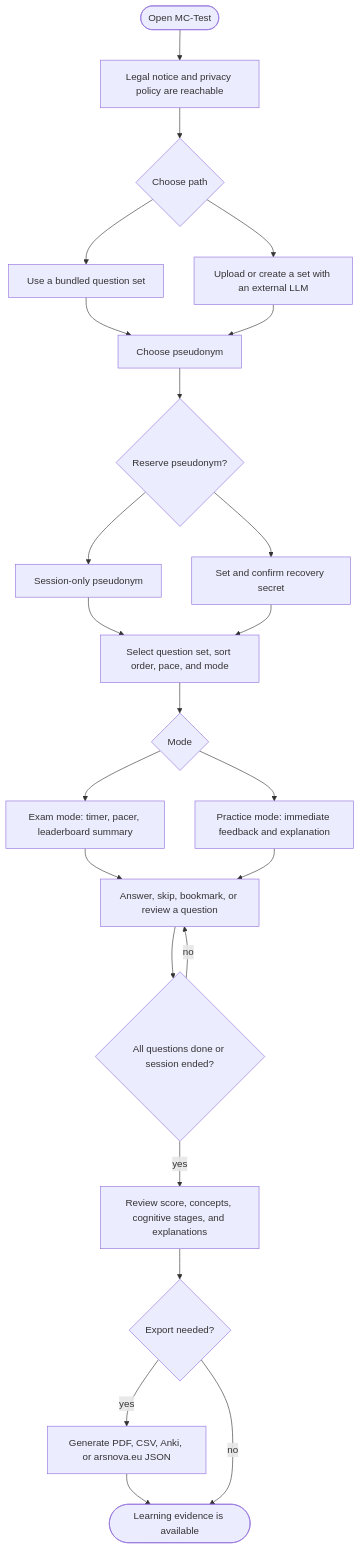
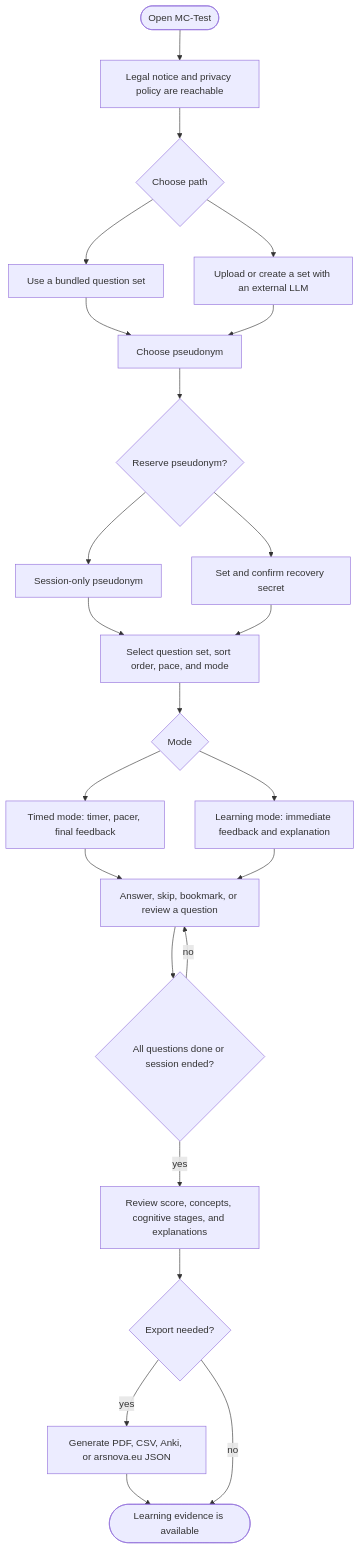
The second of 9 diagrams in docs/diagrams/mc-test-mermaid.md (kqc-real/streamlit), drawn with Mermaid before and after one commit. The commit also changed other lines of this file and 13 other files, not shown here.

````diff
--- a/docs/diagrams/mc-test-mermaid.md
+++ b/docs/diagrams/mc-test-mermaid.md
@@ -63,38 +63,38 @@
 ```mermaid
 flowchart TD
     start(["Open MC-Test"])
     legal["Legal notice and privacy policy are reachable"]
     choosePath{"Choose path"}
     ready["Use a bundled question set"]
     upload["Upload or create a set with an external LLM"]
     pseudonym["Choose pseudonym"]
     secret{"Reserve pseudonym?"}
     noSecret["Session-only pseudonym"]
     withSecret["Set and confirm recovery secret"]
     set["Select question set, sort order, pace, and mode"]
     mode{"Mode"}
-    exam["Exam mode: timer, pacer, leaderboard summary"]
-    practice["Practice mode: immediate feedback and explanation"]
+    timed["Timed mode: timer, pacer, final feedback"]
+    learning["Learning mode: immediate feedback and explanation"]
     question["Answer, skip, bookmark, or review a question"]
     done{"All questions done or session ended?"}
     summary["Review score, concepts, cognitive stages, and explanations"]
     export{"Export needed?"}
     exportFiles["Generate PDF, CSV, Anki, or arsnova.eu JSON"]
     finish(["Learning evidence is available"])
 
     start --> legal --> choosePath
     choosePath --> ready --> pseudonym
     choosePath --> upload --> pseudonym
     pseudonym --> secret
     secret --> noSecret --> set
     secret --> withSecret --> set
     set --> mode
-    mode --> exam --> question
-    mode --> practice --> question
+    mode --> timed --> question
+    mode --> learning --> question
     question --> done
     done -- no --> question
     done -- yes --> summary
     summary --> export
     export -- yes --> exportFiles --> finish
     export -- no --> finish
 ```
````
